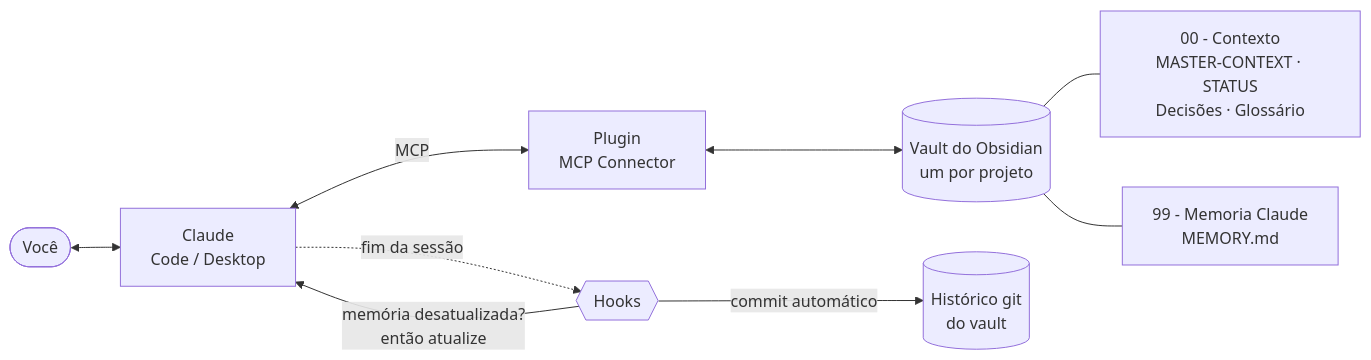
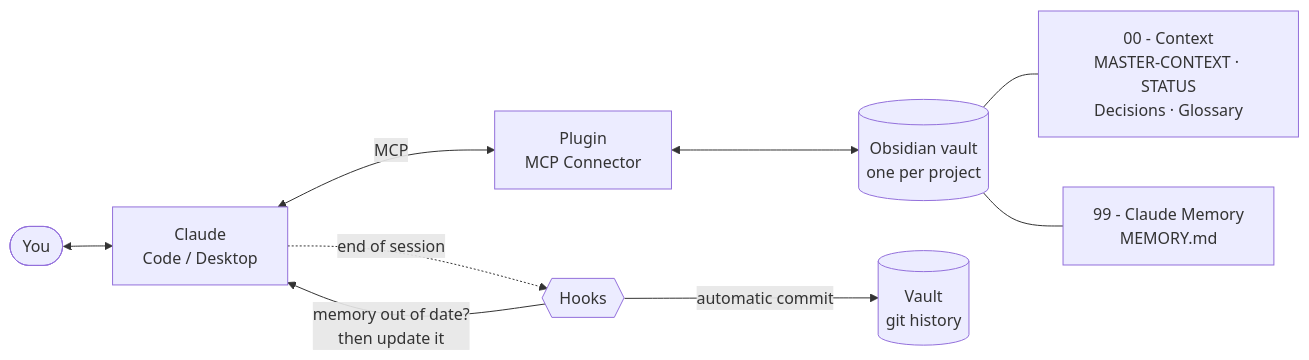
Before and after one commit to guiboorges/memoria-ia-obsidian: the diagram in README.md, drawn with Mermaid. The commit also changed other lines of this file and 41 other files, not shown here.

````diff
--- a/README.md
+++ b/README.md
@@ -15,11 +15,11 @@
 ```mermaid
 flowchart LR
-    Voce([Você]) <--> Claude[Claude<br/>Code / Desktop]
+    You([You]) <--> Claude[Claude<br/>Code / Desktop]
     Claude <-->|MCP| Plugin[Plugin<br/>MCP Connector]
-    Plugin <--> Vault[(Vault do Obsidian<br/>um por projeto)]
-    Vault --- Contexto[00 - Contexto<br/>MASTER-CONTEXT · STATUS<br/>Decisões · Glossário]
-    Vault --- Memoria[99 - Memoria Claude<br/>MEMORY.md]
-    Claude -. fim da sessão .-> Hooks{{Hooks}}
-    Hooks -->|"memória desatualizada?<br/>então atualize"| Claude
-    Hooks -->|commit automático| Git[(Histórico git<br/>do vault)]
+    Plugin <--> Vault[(Obsidian vault<br/>one per project)]
+    Vault --- Context[00 - Context<br/>MASTER-CONTEXT · STATUS<br/>Decisions · Glossary]
+    Vault --- Memory[99 - Claude Memory<br/>MEMORY.md]
+    Claude -. end of session .-> Hooks{{Hooks}}
+    Hooks -->|"memory out of date?<br/>then update it"| Claude
+    Hooks -->|automatic commit| Git[(Vault<br/>git history)]
 ```
````
